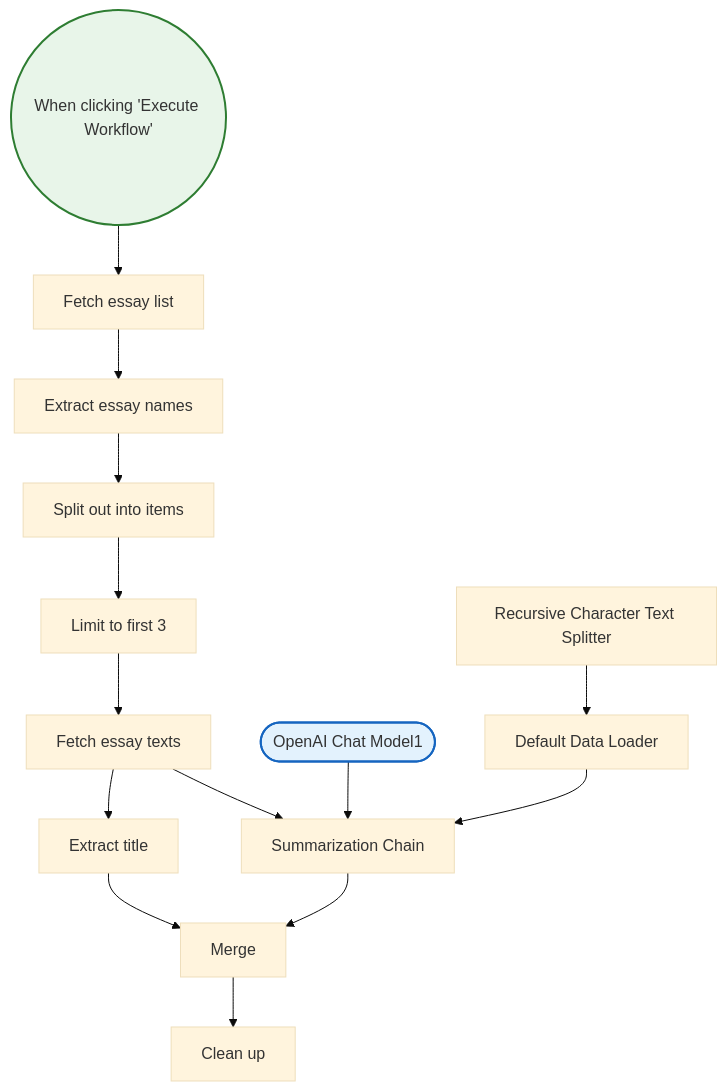
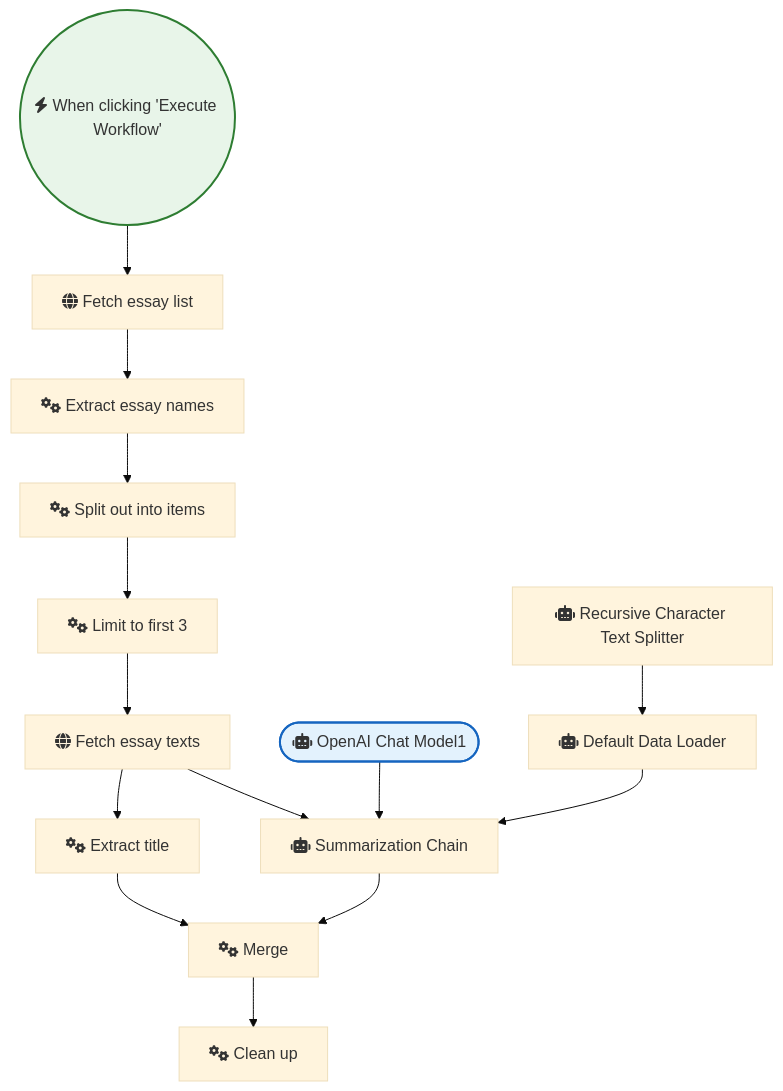
The diagram in AI_Research_RAG_and_Data_Analysis/Scrape and summarize webpages with AI.md (sreyash3105/N8N-DEMO-AUTOMATIONS), drawn with Mermaid (base theme) before and after one commit. The commit also changed 291 other files, not shown here.

````diff
--- a/AI_Research_RAG_and_Data_Analysis/Scrape and summarize webpages with AI.md
+++ b/AI_Research_RAG_and_Data_Analysis/Scrape and summarize webpages with AI.md
@@ -1,34 +1,34 @@
 ```mermaid
 graph TD
     classDef trigger fill:#e8f5e9,stroke:#2e7d32,stroke-width:2px;
     classDef ai fill:#e3f2fd,stroke:#1565c0,stroke-width:2px;
     classDef logic fill:#fff3e0,stroke:#ef6c00,stroke-width:2px;
 
-    When_clicking__Execute_Workflow_(("When clicking 'Execute Workflow'")):::trigger
-    Fetch_essay_list["Fetch essay list"]
-    Extract_essay_names["Extract essay names"]
-    Fetch_essay_texts["Fetch essay texts"]
-    Extract_title["Extract title"]
-    Clean_up["Clean up"]
-    Split_out_into_items["Split out into items"]
-    Limit_to_first_3["Limit to first 3"]
-    Default_Data_Loader["Default Data Loader"]
-    Recursive_Character_Text_Splitter["Recursive Character Text Splitter"]
-    OpenAI_Chat_Model1(["OpenAI Chat Model1"]):::ai
-    Merge["Merge"]
-    Summarization_Chain["Summarization Chain"]
+    When_clicking__Execute_Workflow_(("fas:fa-bolt When clicking 'Execute Workflow'")):::trigger
+    Fetch_essay_list["fas:fa-globe Fetch essay list"]
+    Extract_essay_names["fas:fa-cogs Extract essay names"]
+    Fetch_essay_texts["fas:fa-globe Fetch essay texts"]
+    Extract_title["fas:fa-cogs Extract title"]
+    Clean_up["fas:fa-cogs Clean up"]
+    Split_out_into_items["fas:fa-cogs Split out into items"]
+    Limit_to_first_3["fas:fa-cogs Limit to first 3"]
+    Default_Data_Loader["fas:fa-robot Default Data Loader"]
+    Recursive_Character_Text_Splitter["fas:fa-robot Recursive Character Text Splitter"]
+    OpenAI_Chat_Model1(["fas:fa-robot OpenAI Chat Model1"]):::ai
+    Merge["fas:fa-cogs Merge"]
+    Summarization_Chain["fas:fa-robot Summarization Chain"]
 
     Merge --> Clean_up
     Extract_title --> Merge
     Fetch_essay_list --> Extract_essay_names
     Limit_to_first_3 --> Fetch_essay_texts
     Fetch_essay_texts --> Extract_title
     Fetch_essay_texts --> Summarization_Chain
     OpenAI_Chat_Model1 --> Summarization_Chain
     Default_Data_Loader --> Summarization_Chain
     Extract_essay_names --> Split_out_into_items
     Summarization_Chain --> Merge
     Split_out_into_items --> Limit_to_first_3
     When_clicking__Execute_Workflow_ --> Fetch_essay_list
     Recursive_Character_Text_Splitter --> Default_Data_Loader
 ```
````
